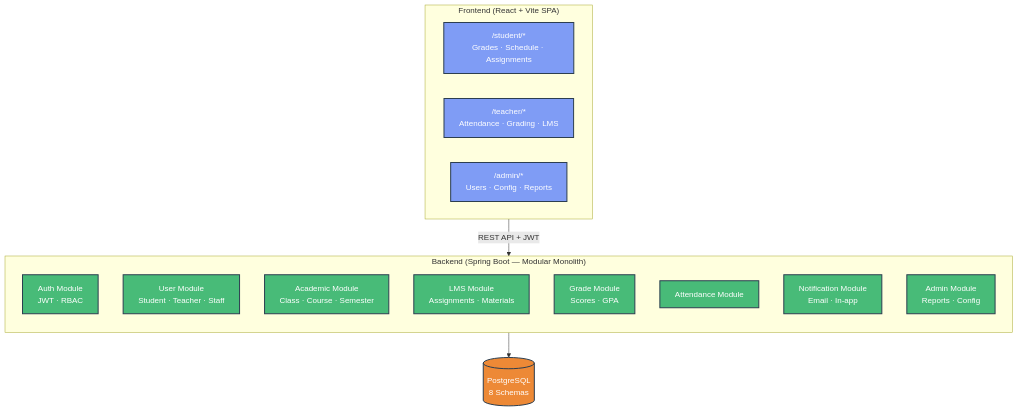
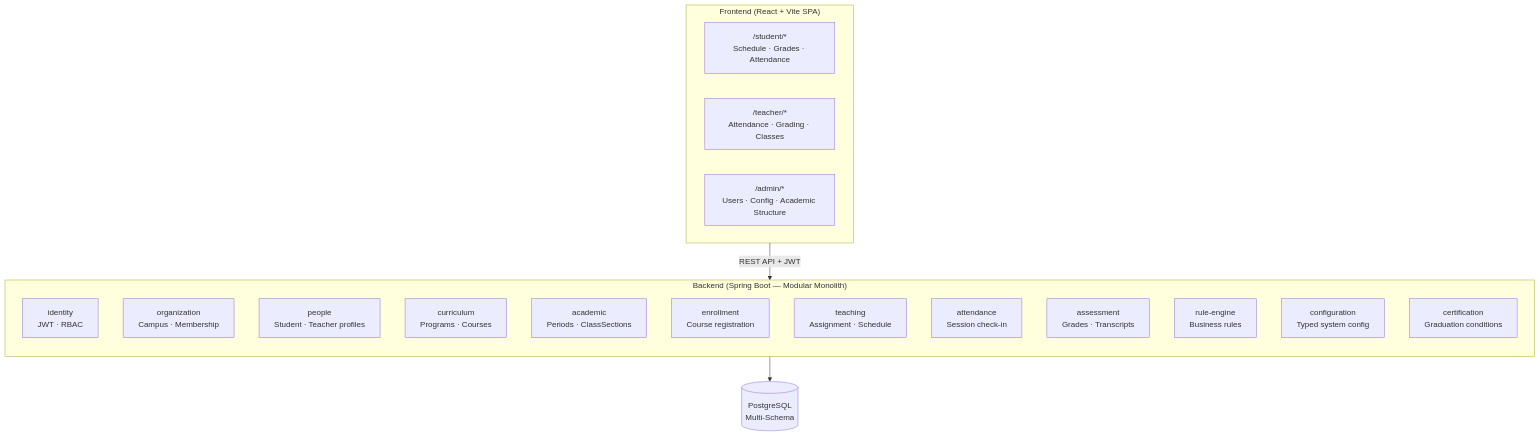
One commit to ho4ngTien/Edu changed the diagram in README.md. Above: the diagram before and after it, drawn with Mermaid. The commit also changed other lines of this file, not shown here.

Commit message:
docs: rewrite README to reflect Phase 1 + 2.1 completion and new 12-module architecture

````diff
--- a/README.md
+++ b/README.md
@@ -27,34 +28,30 @@
 ```mermaid
 graph TB
     subgraph Frontend["Frontend (React + Vite SPA)"]
         direction LR
-        S["/student/*<br/>Grades · Schedule · Assignments"]
-        T["/teacher/*<br/>Attendance · Grading · LMS"]
-        A["/admin/*<br/>Users · Config · Reports"]
+        S["/student/*<br>Schedule · Grades · Attendance"]
+        T["/teacher/*<br>Attendance · Grading · Classes"]
+        A["/admin/*<br>Users · Config · Academic Structure"]
     end
 
     subgraph Backend["Backend (Spring Boot — Modular Monolith)"]
         direction TB
-        Auth[Auth Module<br/>JWT · RBAC]
-        User[User Module<br/>Student · Teacher · Staff]
-        Academic[Academic Module<br/>Class · Course · Semester]
-        LMS[LMS Module<br/>Assignments · Materials]
-        Grade[Grade Module<br/>Scores · GPA]
-        Attendance[Attendance Module]
-        Notification[Notification Module<br/>Email · In-app]
-        Admin[Admin Module<br/>Reports · Config]
+        identity["identity<br>JWT · RBAC"]
+        organization["organization<br>Campus · Membership"]
+        people["people<br>Student · Teacher profiles"]
+        curriculum["curriculum<br>Programs · Courses"]
+        academic["academic<br>Periods · ClassSections"]
+        enrollment["enrollment<br>Course registration"]
+        teaching["teaching<br>Assignment · Schedule"]
+        attendance["attendance<br>Session check-in"]
+        assessment["assessment<br>Grades · Transcripts"]
+        rule_engine["rule-engine<br>Business rules"]
+        configuration["configuration<br>Typed system config"]
+        certification["certification<br>Graduation conditions"]
     end
 
-    DB[(PostgreSQL<br/>8 Schemas)]
+    DB[("PostgreSQL<br>Multi-Schema")]
 
     Frontend -->|REST API + JWT| Backend
     Backend --> DB
-
-    classDef portal fill:#7F9CF5,stroke:#2C3E50,stroke-width:2px,color:#fff
-    classDef module fill:#48BB78,stroke:#2C3E50,stroke-width:2px,color:#fff
-    classDef db fill:#ED8936,stroke:#2C3E50,stroke-width:2px,color:#fff
-
-    class S,T,A portal
-    class Auth,User,Academic,LMS,Grade,Attendance,Notification,Admin module
-    class DB db
 ```
````
